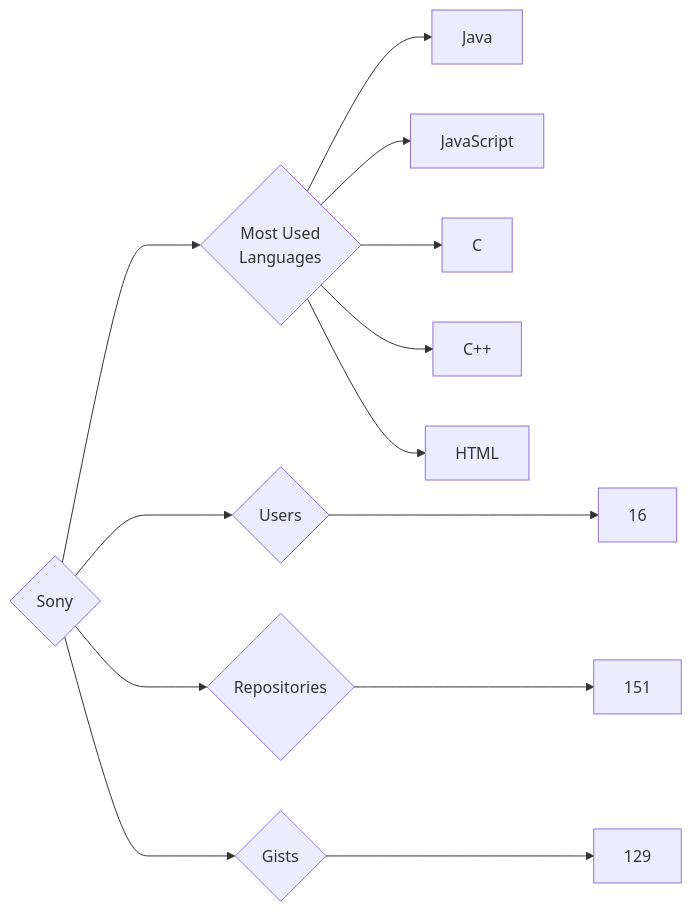
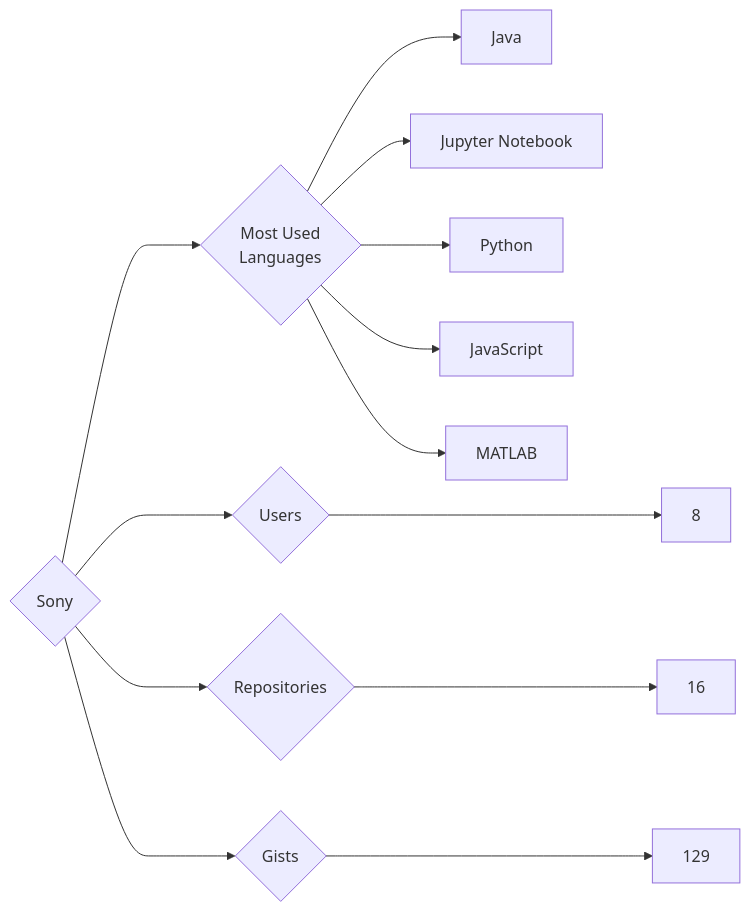
The diagram in targets/Sony/README.md (trickest/insiders), drawn with Mermaid before and after one commit. The commit also changed 1496 other files, not shown here.

````diff
--- a/targets/Sony/README.md
+++ b/targets/Sony/README.md
@@ -3,13 +3,13 @@
 ```mermaid
 graph LR
 COMPANY_NAME{Sony}
-COMPANY_NAME ---> U{Users} ---> UN[16]
-COMPANY_NAME ---> R{Repositories} ---> RN[151]
+COMPANY_NAME ---> U{Users} ---> UN[8]
+COMPANY_NAME ---> R{Repositories} ---> RN[16]
 COMPANY_NAME ---> G{Gists} ---> GN[129]
 COMPANY_NAME ---> ML{Most Used<br>Languages}
 ML --> Java[Java]
+ML --> Jupyter_Notebook[Jupyter Notebook]
+ML --> Python[Python]
 ML --> JavaScript[JavaScript]
-ML --> C[C]
-ML --> C++[C++]
-ML --> HTML[HTML]
+ML --> MATLAB[MATLAB]
 ```
````
